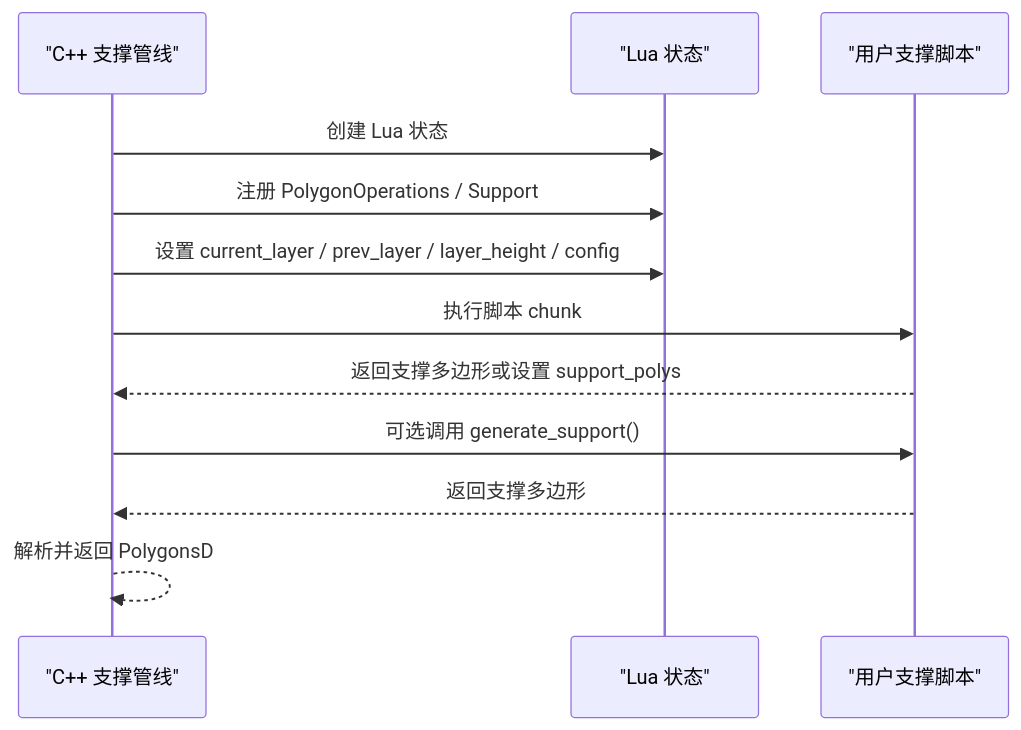
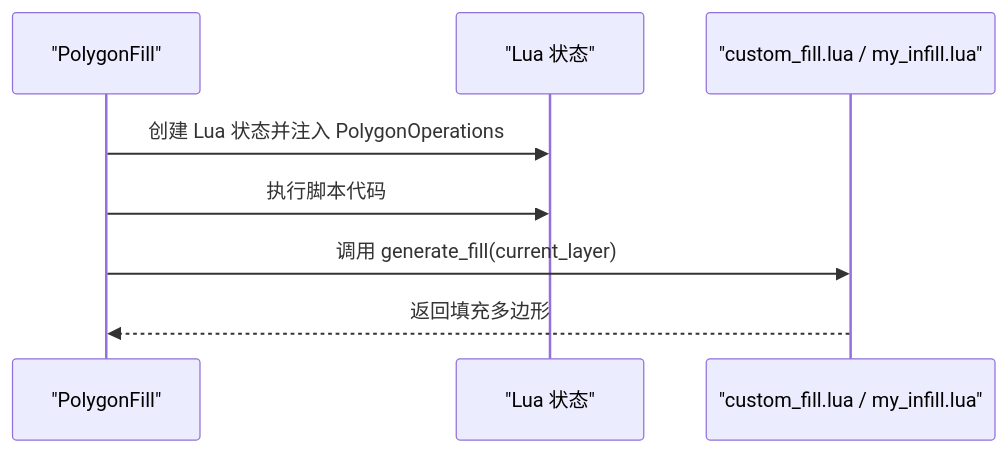
Before and after one commit to hsmbanlance/HsBaSlicer: the sixth of 9 diagrams in .qoder/repowiki/zh/content/Lua 脚本系统/Lua 脚本系统.md, drawn with Mermaid. The commit also changed other lines of this file and 1095 other files, not shown here.

````diff
--- a/.qoder/repowiki/zh/content/Lua 脚本系统/Lua 脚本系统.md
+++ b/.qoder/repowiki/zh/content/Lua 脚本系统/Lua 脚本系统.md
@@ -164,14 +309,10 @@
 ```mermaid
 sequenceDiagram
-participant Cpp as "C++ 支撑管线"
+participant Fill as "PolygonFill"
 participant L as "Lua 状态"
-participant Script as "用户支撑脚本"
-Cpp->>L : 创建 Lua 状态
-Cpp->>L : 注册 PolygonOperations / Support
-Cpp->>L : 设置 current_layer / prev_layer / layer_height / config
-Cpp->>Script : 执行脚本 chunk
-Script-->>Cpp : 返回支撑多边形或设置 support_polys
-Cpp->>Script : 可选调用 generate_support()
-Script-->>Cpp : 返回支撑多边形
-Cpp-->>Cpp : 解析并返回 PolygonsD
+participant Script as "custom_fill.lua / my_infill.lua"
+Fill->>L : 创建 Lua 状态并注入 PolygonOperations
+Fill->>L : 执行脚本代码
+Fill->>Script : 调用 generate_fill(current_layer)
+Script-->>Fill : 返回填充多边形
 ```
````
